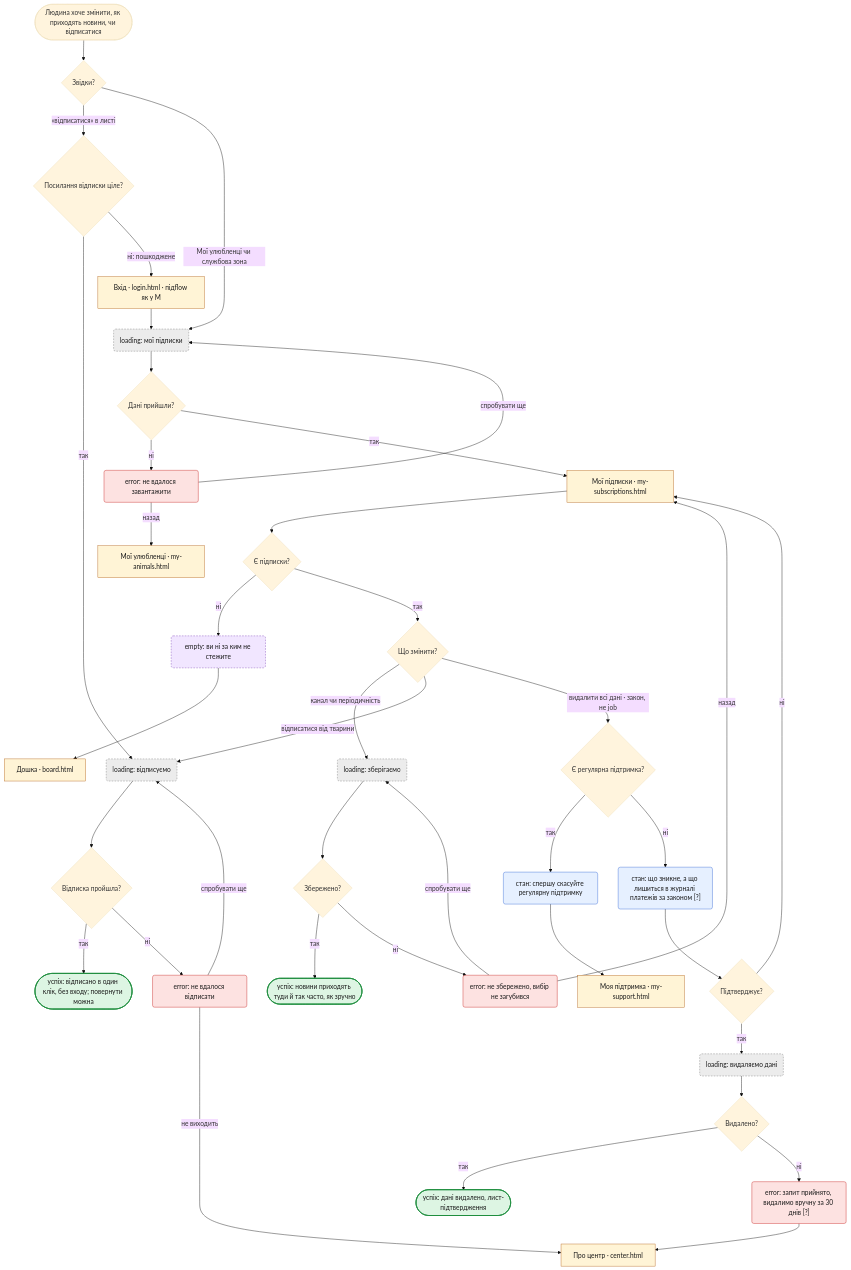
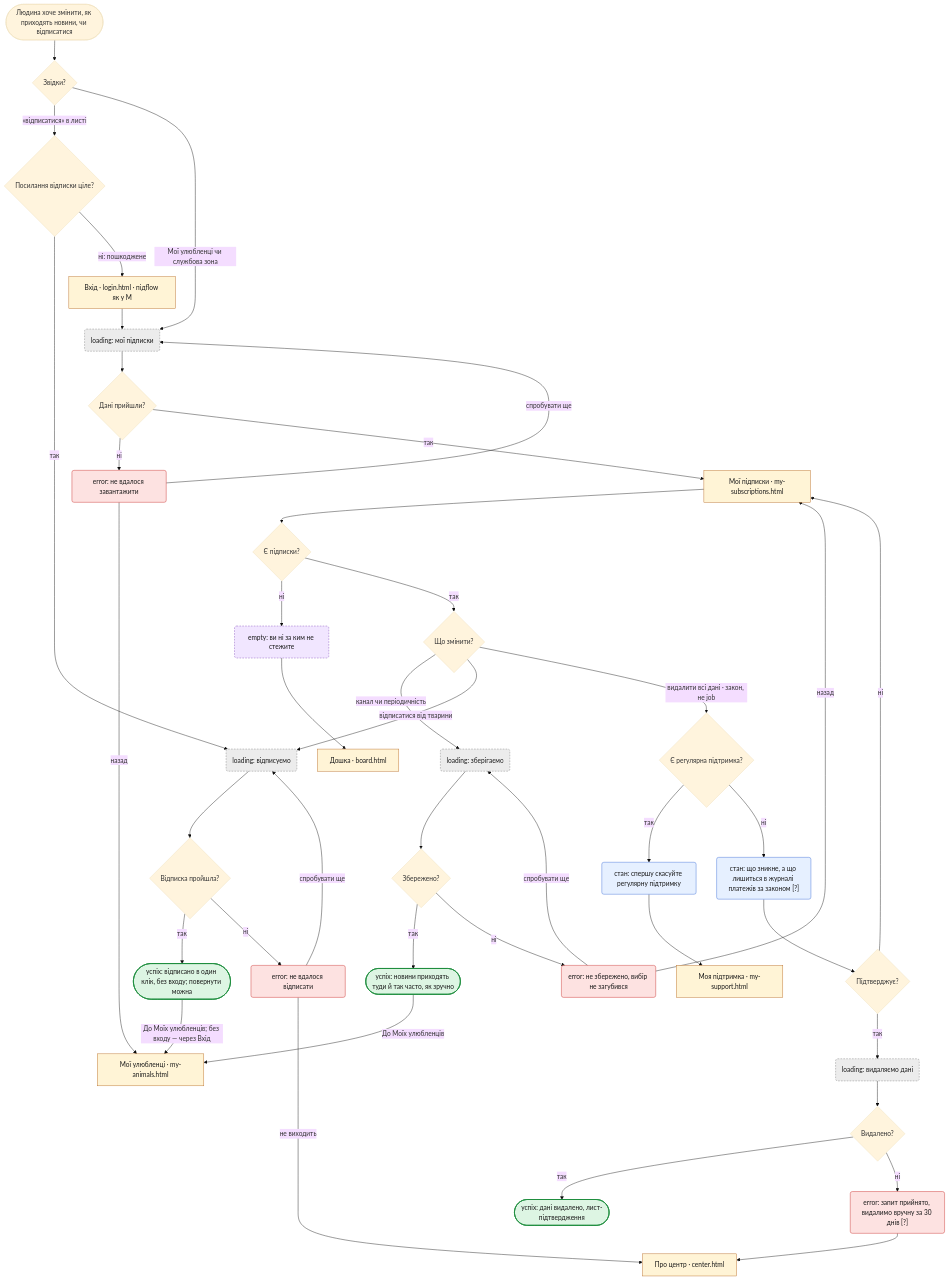
The sixth of 8 diagrams in flows.md (diadieva/pride), drawn with Mermaid (base theme) before and after one commit. The commit also changed other lines of this file and 65 other files, not shown here.

First line of the commit message:
Add wireframes for all screens and align sitemap and flows

````diff
--- a/flows.md
+++ b/flows.md
@@ -572,58 +587,60 @@
 ```mermaid
 flowchart TD
     S(["Людина хоче змінити, як приходять новини, чи відписатися"]) --> Q1{"Звідки?"}
     Q1 -->|"«відписатися» в листі"| Q2{"Посилання відписки ціле?"}
     Q2 -->|так| L1("loading: відписуємо")
     Q2 -->|"ні: пошкоджене"| LOGIN["Вхід · login.html · підflow як у M"]
     L1 --> Q3{"Відписка пройшла?"}
     Q3 -->|так| OK1(["успіх: відписано в один клік, без входу; повернути можна"])
     Q3 -->|ні| E1("error: не вдалося відписати")
     E1 -->|"спробувати ще"| L1
     E1 -->|"не виходить"| CONTACT["Про центр · center.html"]
 
     Q1 -->|"Мої улюбленці чи службова зона"| L2("loading: мої підписки")
     LOGIN --> L2
     L2 --> Q4{"Дані прийшли?"}
     Q4 -->|ні| E2("error: не вдалося завантажити")
     E2 -->|"спробувати ще"| L2
     E2 -->|"назад"| MAIN["Мої улюбленці · my-animals.html"]
     Q4 -->|так| SUBS["Мої підписки · my-subscriptions.html"]
     SUBS --> Q5{"Є підписки?"}
     Q5 -->|ні| EM1("empty: ви ні за ким не стежите")
     EM1 --> BOARD["Дошка · board.html"]
     Q5 -->|так| Q6{"Що змінити?"}
 
     Q6 -->|"канал чи періодичність"| L3("loading: зберігаємо")
     L3 --> Q7{"Збережено?"}
     Q7 -->|так| OK2(["успіх: новини приходять туди й так часто, як зручно"])
+    OK2 -->|"До Моїх улюбленців"| MAIN
+    OK1 -->|"До Моїх улюбленців; без входу — через Вхід"| MAIN
     Q7 -->|ні| E3("error: не збережено, вибір не загубився")
     E3 -->|"спробувати ще"| L3
     E3 -->|"назад"| SUBS
 
     Q6 -->|"відписатися від тварини"| L1
 
     Q6 -->|"видалити всі дані · закон, не job"| Q8{"Є регулярна підтримка?"}
     Q8 -->|так| ST1("стан: спершу скасуйте регулярну підтримку")
     ST1 --> SUP["Моя підтримка · my-support.html"]
     Q8 -->|ні| ST2("стан: що зникне, а що лишиться в журналі платежів за законом [?]")
     ST2 --> Q9{"Підтверджує?"}
     Q9 -->|ні| SUBS
     Q9 -->|так| L4("loading: видаляємо дані")
     L4 --> Q10{"Видалено?"}
     Q10 -->|так| OK3(["успіх: дані видалено, лист-підтвердження"])
     Q10 -->|ні| E4("error: запит прийнято, видалимо вручну за 30 днів [?]")
     E4 --> CONTACT
 
     classDef screen fill:#FFF4D6,stroke:#B5651D,color:#1a1a1a
     classDef loading fill:#ECECEC,stroke:#777777,color:#1a1a1a,stroke-dasharray:4 3
     classDef empty fill:#F1E6FF,stroke:#7B3FB5,color:#1a1a1a,stroke-dasharray:4 3
     classDef error fill:#FDE2E1,stroke:#C5221F,color:#1a1a1a
     classDef state fill:#E6F0FF,stroke:#3367D6,color:#1a1a1a
     classDef ok fill:#DDF5E3,stroke:#1E8E3E,color:#1a1a1a,stroke-width:2px
     class LOGIN,CONTACT,MAIN,SUBS,BOARD,SUP screen
     class L1,L2,L3,L4 loading
     class EM1 empty
     class E1,E2,E3,E4 error
     class ST1,ST2 state
     class OK1,OK2,OK3 ok
 ```
````
